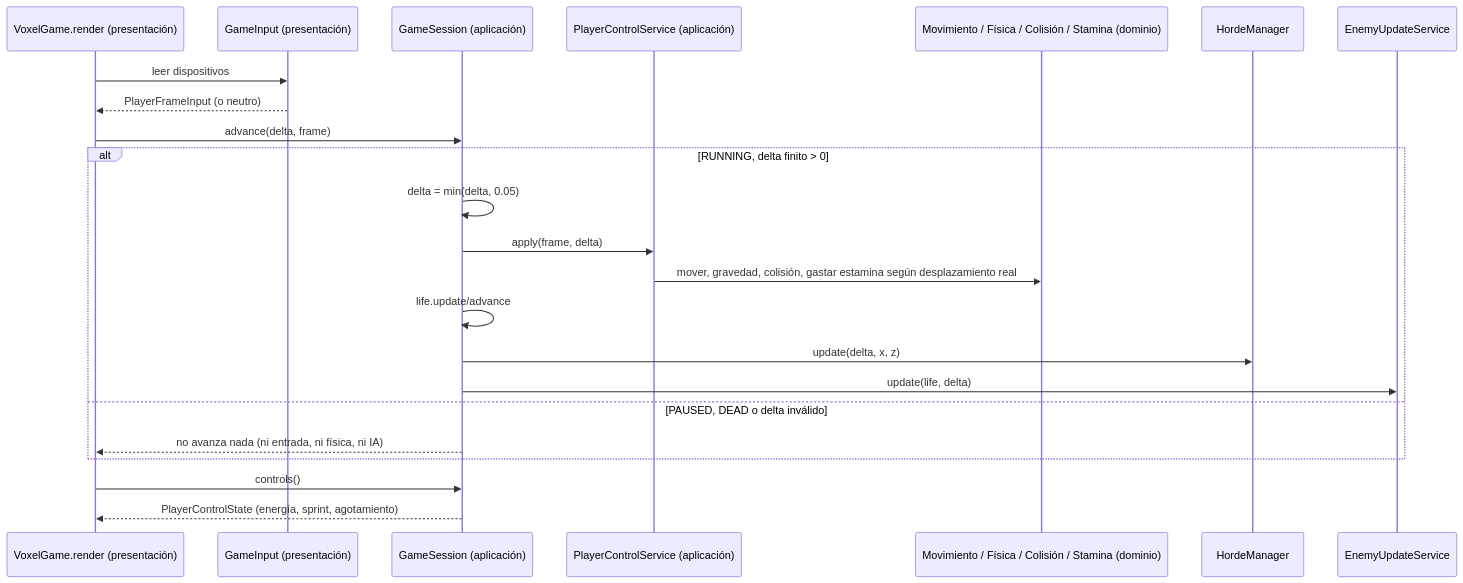
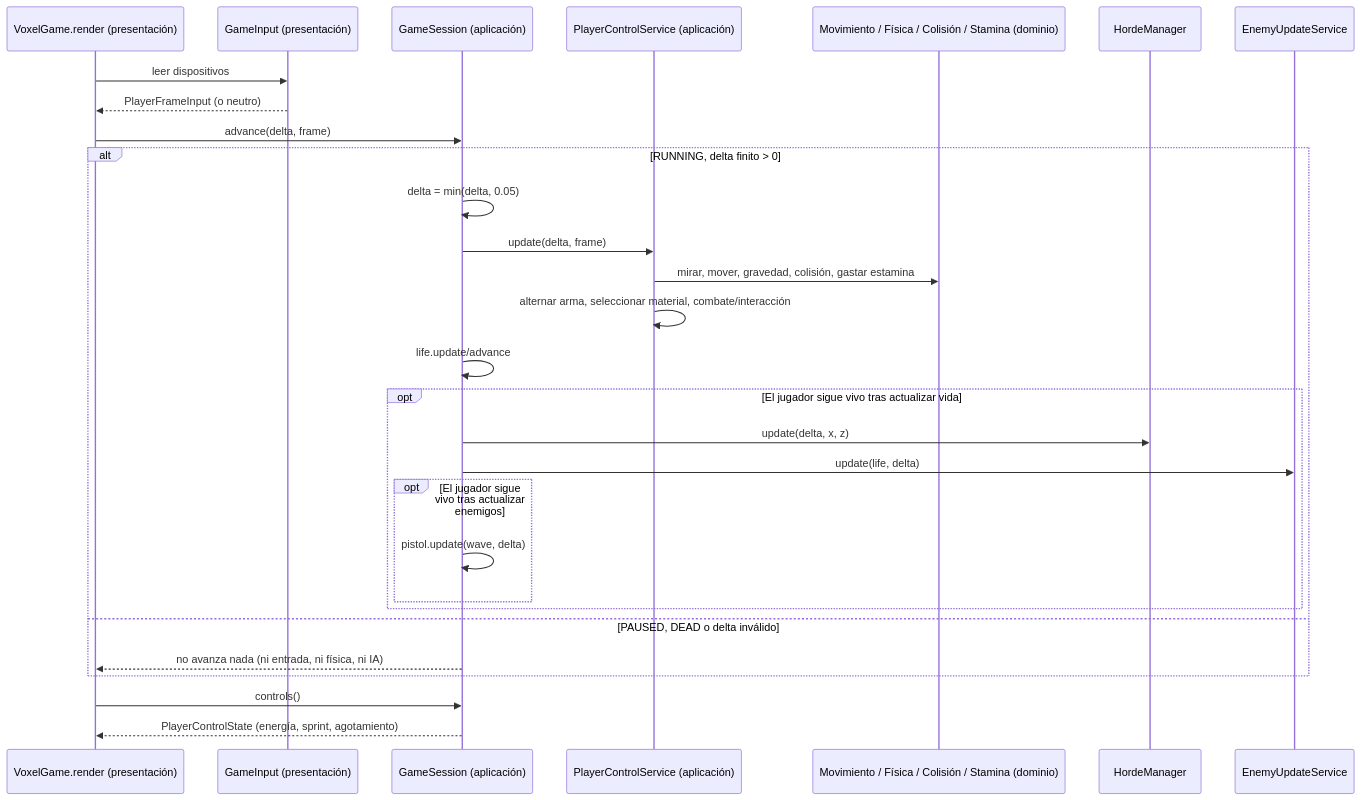
Before and after one commit to MarshallGomez1103/Mc2: the second of 2 diagrams in Minecraft2/docs/diagramas/recuperacion-c2/05-componentes-recuperacion.md, drawn with Mermaid. The commit also changed other lines of this file and 33 other files, not shown here.

````diff
--- a/Minecraft2/docs/diagramas/recuperacion-c2/05-componentes-recuperacion.md
+++ b/Minecraft2/docs/diagramas/recuperacion-c2/05-componentes-recuperacion.md
@@ -76,26 +80,32 @@
 ```mermaid
 sequenceDiagram
     participant V as VoxelGame.render (presentación)
     participant I as GameInput (presentación)
     participant S as GameSession (aplicación)
     participant C as PlayerControlService (aplicación)
     participant D as Movimiento / Física / Colisión / Stamina (dominio)
     participant H as HordeManager
     participant E as EnemyUpdateService
 
     V->>I: leer dispositivos
     I-->>V: PlayerFrameInput (o neutro)
     V->>S: advance(delta, frame)
     alt RUNNING, delta finito > 0
         S->>S: delta = min(delta, 0.05)
-        S->>C: apply(frame, delta)
-        C->>D: mover, gravedad, colisión, gastar estamina según desplazamiento real
+        S->>C: update(delta, frame)
+        C->>D: mirar, mover, gravedad, colisión, gastar estamina
+        C->>C: alternar arma, seleccionar material, combate/interacción
         S->>S: life.update/advance
-        S->>H: update(delta, x, z)
-        S->>E: update(life, delta)
+        opt El jugador sigue vivo tras actualizar vida
+            S->>H: update(delta, x, z)
+            S->>E: update(life, delta)
+            opt El jugador sigue vivo tras actualizar enemigos
+                S->>S: pistol.update(wave, delta)
+            end
+        end
     else PAUSED, DEAD o delta inválido
         S-->>V: no avanza nada (ni entrada, ni física, ni IA)
     end
     V->>S: controls()
     S-->>V: PlayerControlState (energía, sprint, agotamiento)
 ```
````
